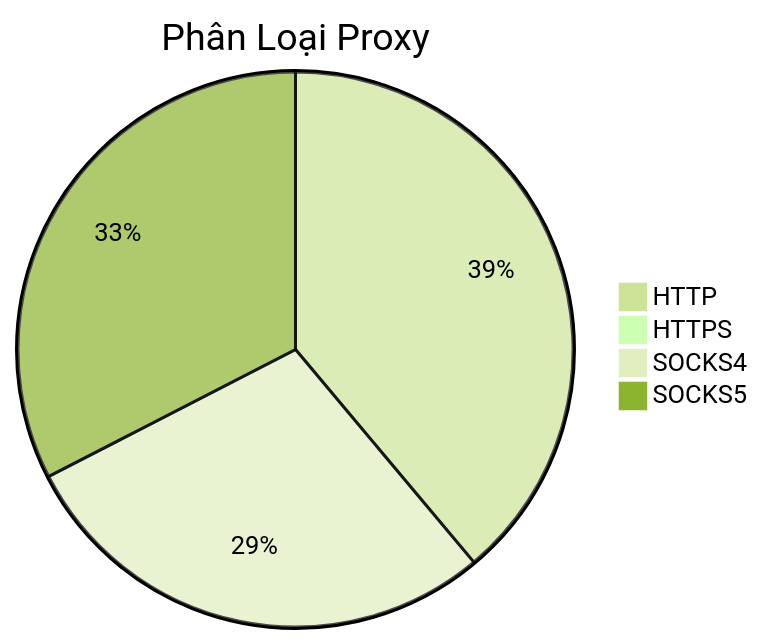
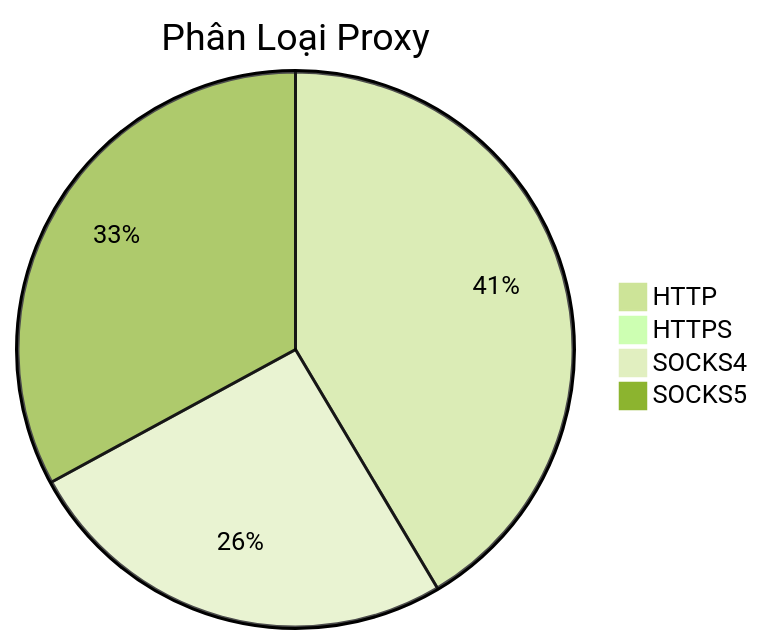
The diagram in README.md (Ciara-12/PROXY-free), drawn with Mermaid (forest theme) before and after one commit. The commit also changed other lines of this file and 3 other files, not shown here.

````diff
--- a/README.md
+++ b/README.md
@@ -26,7 +26,7 @@
 ```mermaid
 pie title Phân Loại Proxy
-    "HTTP" : 387
+    "HTTP" : 471
     "HTTPS" : 0
-    "SOCKS4" : 284
-    "SOCKS5" : 324
+    "SOCKS4" : 291
+    "SOCKS5" : 374
 ```
````
